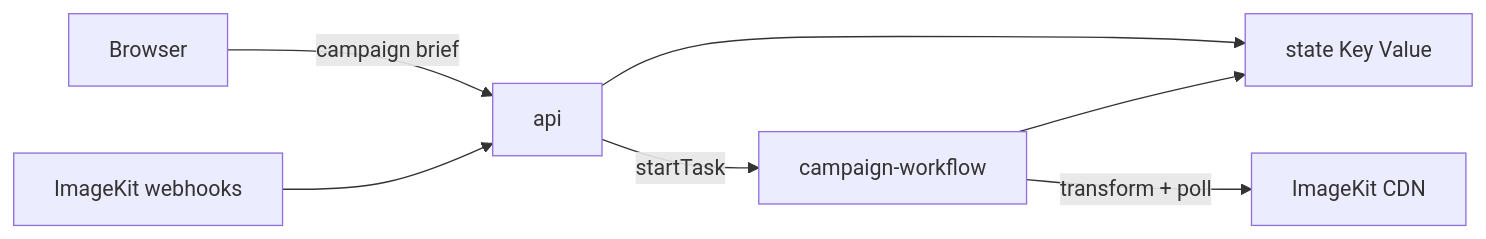
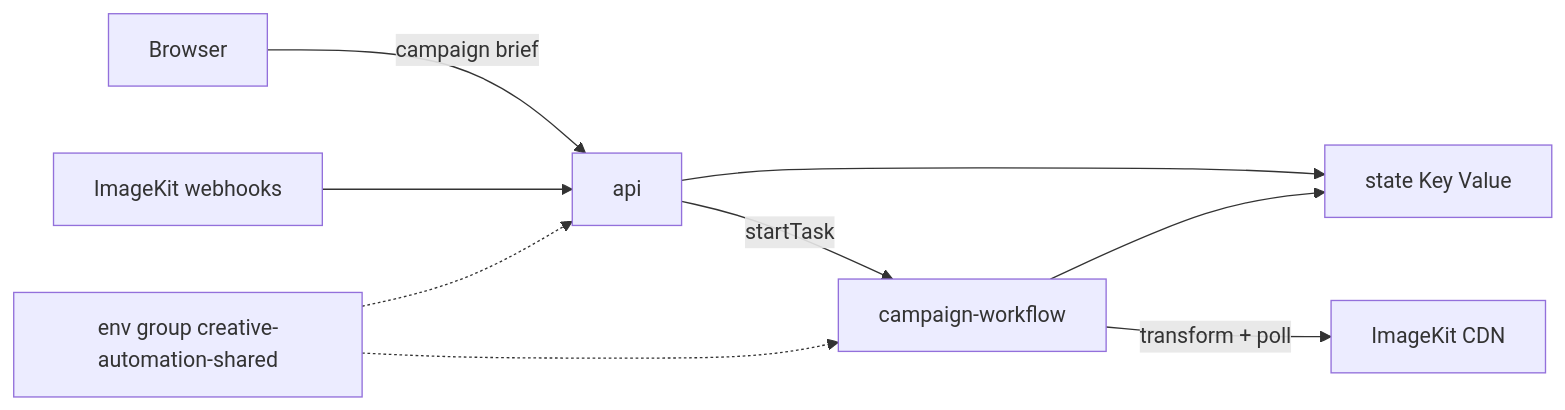
One commit to gitpichardo/creative-automation-workflow changed the diagram in README.md. Above: the diagram before and after it, drawn with Mermaid. The commit also changed other lines of this file and 5 other files, not shown here.

````diff
--- a/README.md
+++ b/README.md
@@ -13,9 +13,11 @@
 ```mermaid
 flowchart LR
   User[Browser] -->|campaign brief| Api[api]
   ImageKit[ImageKit webhooks] --> Api
   Api -->|startTask| Workflow[campaign-workflow]
   Api --> State[state Key Value]
   Workflow --> State
   Workflow -->|transform + poll| IK[ImageKit CDN]
+  Group[env group creative-automation-shared] -.-> Api
+  Group -.-> Workflow
 ```
````
